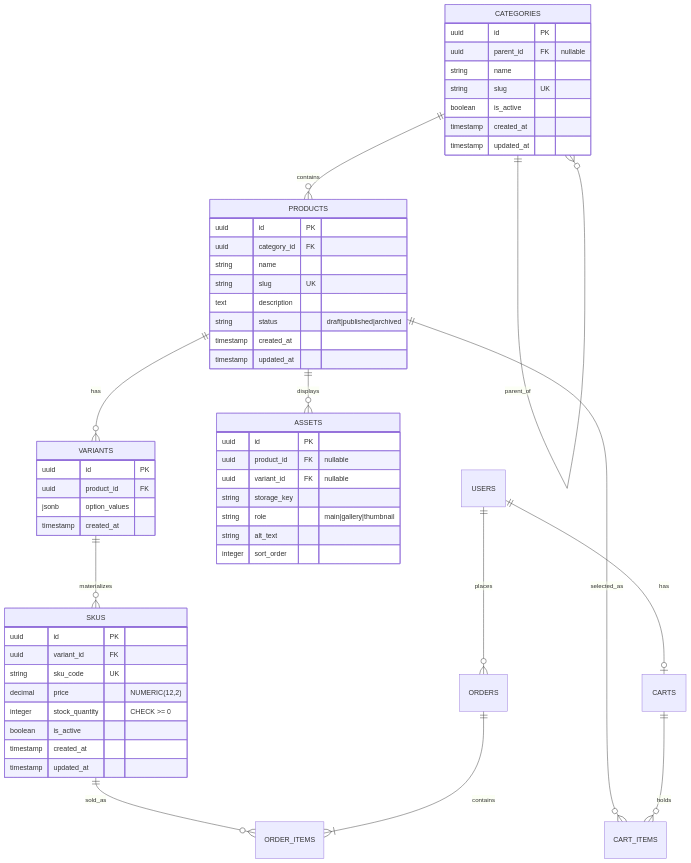
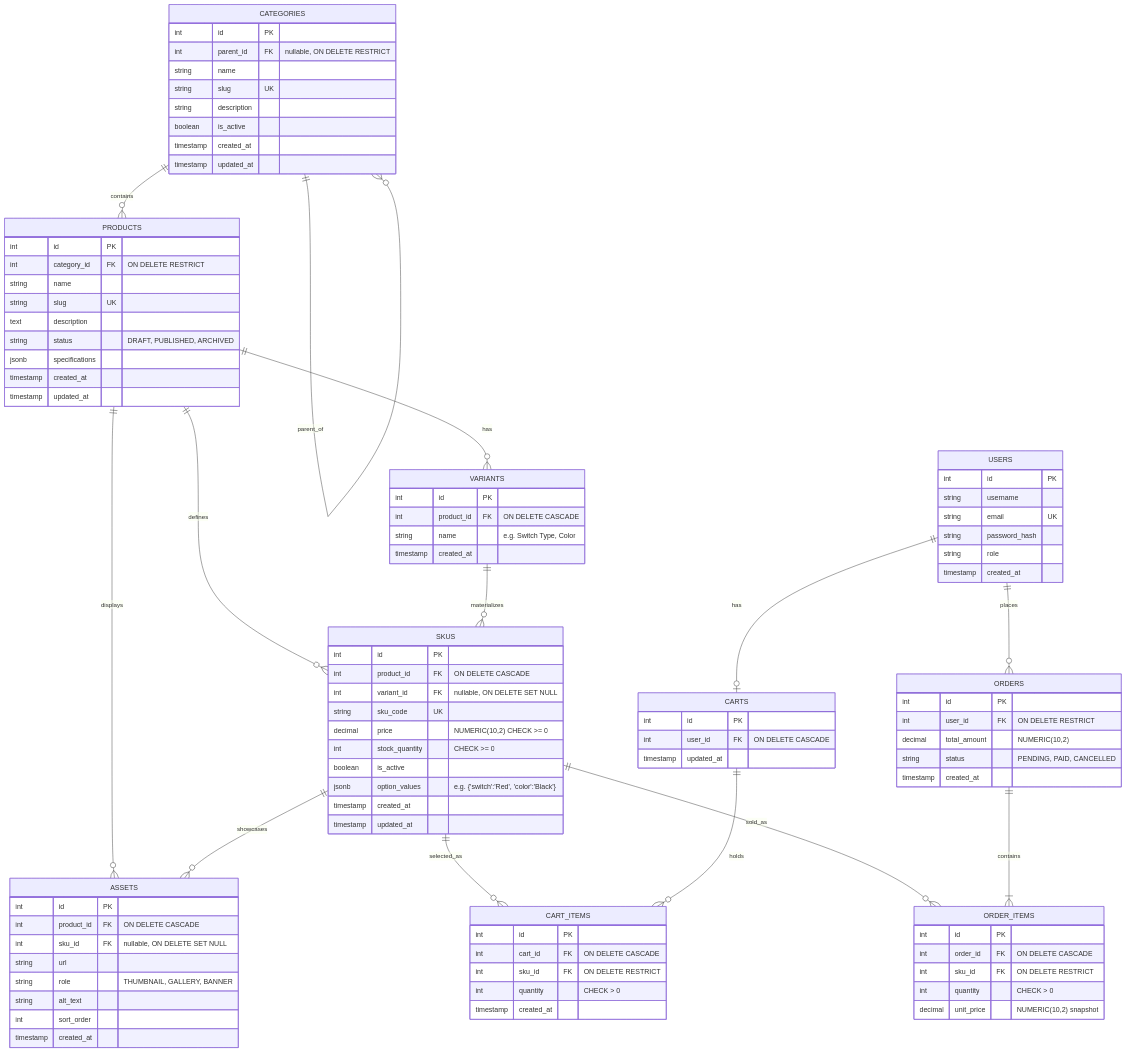
Before and after one commit to javeenkumar/E-commerce-2K23-CSM-53: the diagram in docs/SPRINT_2.md, drawn with Mermaid. The commit also changed other lines of this file, not shown here.

````diff
--- a/docs/SPRINT_2.md
+++ b/docs/SPRINT_2.md
@@ -52,63 +56,109 @@
 ```mermaid
 erDiagram
-    CATEGORIES ||--o{ CATEGORIES : "parent_of"
+    USERS ||--o{ ORDERS : places
+    USERS ||--o| CARTS : has
+    CATEGORIES ||--o{ CATEGORIES : parent_of
     CATEGORIES ||--o{ PRODUCTS : contains
     PRODUCTS ||--o{ VARIANTS : has
+    PRODUCTS ||--o{ SKUS : defines
     VARIANTS ||--o{ SKUS : materializes
     PRODUCTS ||--o{ ASSETS : displays
-    PRODUCTS ||--o{ CART_ITEMS : selected_as
+    SKUS ||--o{ ASSETS : showcases
+    SKUS ||--o{ CART_ITEMS : selected_as
     SKUS ||--o{ ORDER_ITEMS : sold_as
-    USERS ||--o{ ORDERS : places
-    USERS ||--o| CARTS : has
+    ORDERS ||--|{ ORDER_ITEMS : contains
     CARTS ||--o{ CART_ITEMS : holds
-    ORDERS ||--|{ ORDER_ITEMS : contains
+
+    USERS {
+        int id PK
+        string username
+        string email UK
+        string password_hash
+        string role
+        timestamp created_at
+    }
 
     CATEGORIES {
-        uuid id PK
-        uuid parent_id FK "nullable"
+        int id PK
+        int parent_id FK "nullable, ON DELETE RESTRICT"
         string name
         string slug UK
+        string description
         boolean is_active
         timestamp created_at
         timestamp updated_at
     }
 
     PRODUCTS {
-        uuid id PK
-        uuid category_id FK
+        int id PK
+        int category_id FK "ON DELETE RESTRICT"
         string name
         string slug UK
         text description
-        string status "draft|published|archived"
+        string status "DRAFT, PUBLISHED, ARCHIVED"
+        jsonb specifications
         timestamp created_at
         timestamp updated_at
     }
 
     VARIANTS {
-        uuid id PK
-        uuid product_id FK
-        jsonb option_values
+        int id PK
+        int product_id FK "ON DELETE CASCADE"
+        string name "e.g. Switch Type, Color"
         timestamp created_at
     }
 
     SKUS {
-        uuid id PK
-        uuid variant_id FK
+        int id PK
+        int product_id FK "ON DELETE CASCADE"
+        int variant_id FK "nullable, ON DELETE SET NULL"
         string sku_code UK
-        decimal price "NUMERIC(12,2)"
-        integer stock_quantity "CHECK >= 0"
+        decimal price "NUMERIC(10,2) CHECK >= 0"
+        int stock_quantity "CHECK >= 0"
         boolean is_active
+        jsonb option_values "e.g. {'switch':'Red', 'color':'Black'}"
         timestamp created_at
         timestamp updated_at
     }
 
     ASSETS {
-        uuid id PK
-        uuid product_id FK "nullable"
-        uuid variant_id FK "nullable"
-        string storage_key
-        string role "main|gallery|thumbnail"
+        int id PK
+        int product_id FK "ON DELETE CASCADE"
+        int sku_id FK "nullable, ON DELETE SET NULL"
+        string url
+        string role "THUMBNAIL, GALLERY, BANNER"
         string alt_text
-        integer sort_order
+        int sort_order
+        timestamp created_at
+    }
+
+    CARTS {
+        int id PK
+        int user_id FK "ON DELETE CASCADE"
+        timestamp updated_at
+    }
+
+    CART_ITEMS {
+        int id PK
+        int cart_id FK "ON DELETE CASCADE"
+        int sku_id FK "ON DELETE RESTRICT"
+        int quantity "CHECK > 0"
+        timestamp created_at
+    }
+
+    ORDERS {
+        int id PK
+        int user_id FK "ON DELETE RESTRICT"
+        decimal total_amount "NUMERIC(10,2)"
+        string status "PENDING, PAID, CANCELLED"
+        timestamp created_at
+    }
+
+    ORDER_ITEMS {
+        int id PK
+        int order_id FK "ON DELETE CASCADE"
+        int sku_id FK "ON DELETE RESTRICT"
+        int quantity "CHECK > 0"
+        decimal unit_price "NUMERIC(10,2) snapshot"
     }
 ```
````
